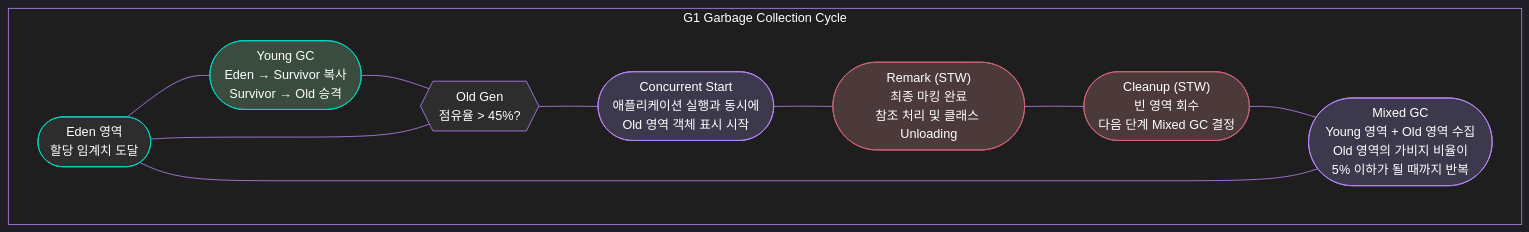
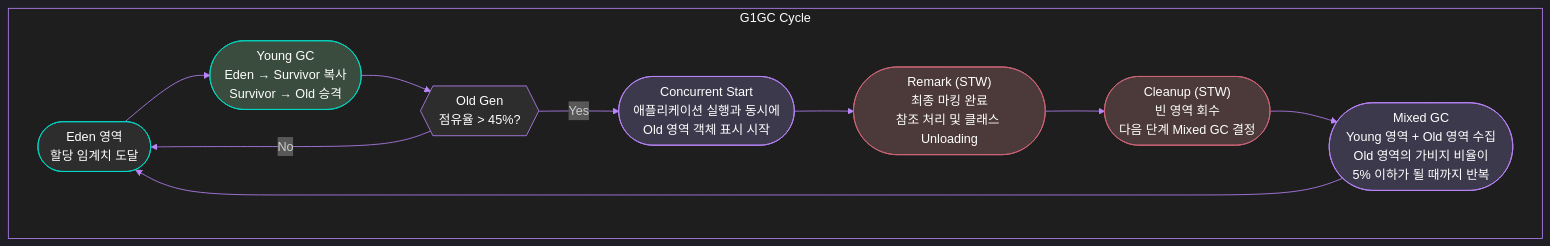
One commit to K-Diger/K-Diger.github.io changed the second of 2 diagrams in _posts/2023-10-10-JVM-GC.md. Above: the diagram before and after it, drawn with Mermaid.

````diff
--- a/_posts/2023-10-10-JVM-GC.md
+++ b/_posts/2023-10-10-JVM-GC.md
@@ -196,40 +196,43 @@
 ```mermaid
 %%{
-  init: {
-    'theme': 'dark',
-    'themeVariables': {
-      'primaryColor': '#bb86fc',
-      'primaryTextColor': '#fff',
-      'primaryBorderColor': '#9965f4',
-      'lineColor': '#bb86fc',
-      'secondaryColor': '#03dac6',
-      'tertiaryColor': '#cf6679',
-      'mainBkg': '#1e1e1e'
-    }
-  }
+ init: {
+   'theme': 'dark',
+   'themeVariables': {
+     'primaryColor': '#bb86fc',
+     'primaryTextColor': '#fff',
+     'primaryBorderColor': '#9965f4',
+     'lineColor': '#bb86fc',
+     'secondaryColor': '#03dac6',
+     'tertiaryColor': '#cf6679',
+     'mainBkg': '#1e1e1e',
+     'secondaryBkg': '#1e1e1e'
+   }
+ }
 }%%
-flowchart TB
-    subgraph G1GC["G1 Garbage Collection Cycle"]
-        Start(["Eden 영역<br>할당 임계치 도달"]) --- Y1(["Young GC<br>Eden → Survivor 복사<br>Survivor → Old 승격"]) --- Y2{{"Old Gen<br>점유율 > 45%?"}}
-        Y2 --- CS(["Concurrent Start<br>애플리케이션 실행과 동시에<br>Old 영역 객체 표시 시작"])
-        Y2 --- Start
-        CS --- RM(["Remark (STW)<br>최종 마킹 완료<br>참조 처리 및 클래스 Unloading"])
-        RM --- CL(["Cleanup (STW)<br>빈 영역 회수<br>다음 단계 Mixed GC 결정"])
-        CL --- MX(["Mixed GC<br>Young 영역 + Old 영역 수집<br>Old 영역의 가비지 비율이<br>5% 이하가 될 때까지 반복"])
-        MX --- Start
-    end
+graph TB
+   subgraph G1GC["G1GC Cycle"]
+       direction LR
+       Start(["Eden 영역<br>할당 임계치 도달"]) -->
+       Y1(["Young GC<br>Eden → Survivor 복사<br>Survivor → Old 승격"]) -->
+       Y2{{"Old Gen<br>점유율 > 45%?"}}
+       Y2 -->|Yes| CS(["Concurrent Start<br>애플리케이션 실행과 동시에<br>Old 영역 객체 표시 시작"])
+       Y2 -->|No| Start
+       CS --> RM(["Remark (STW)<br>최종 마킹 완료<br>참조 처리 및 클래스 Unloading"]) -->
+       CL(["Cleanup (STW)<br>빈 영역 회수<br>다음 단계 Mixed GC 결정"]) -->
+       MX(["Mixed GC<br>Young 영역 + Old 영역 수집<br>Old 영역의 가비지 비율이<br>5% 이하가 될 때까지 반복"]) --> Start
+   end
 
-    classDef trigger fill:#2d2d2d,stroke:#03dac6,color:#fff
-    classDef youngPhase fill:#394c3d,stroke:#03dac6,color:#fff
-    classDef decision fill:#2d2d2d,stroke:#bb86fc,color:#fff
-    classDef stw fill:#4c3939,stroke:#cf6679,color:#fff
-    classDef mixed fill:#3d394c,stroke:#bb86fc,color:#fff
+   classDef trigger fill:#2d2d2d,stroke:#03dac6,color:#fff
+   classDef youngPhase fill:#394c3d,stroke:#03dac6,color:#fff
+   classDef decision fill:#2d2d2d,stroke:#bb86fc,color:#fff
+   classDef stw fill:#4c3939,stroke:#cf6679,color:#fff
+   classDef mixed fill:#3d394c,stroke:#bb86fc,color:#fff
 
-    class Start trigger
-    class Y1 youngPhase
-    class Y2 decision
-    class RM,CL stw
-    class CS,MX mixed
+   class Start trigger
+   class Y1 youngPhase
+   class Y2 decision
+   class RM,CL stw
+   class CS,MX mixed
 
-    style G1GC fill:#1e1e1e,stroke:#bb86fc,color:#fff
+   style G1GC fill:#1e1e1e,stroke:#bb86fc,color:#fff
 ```
````
